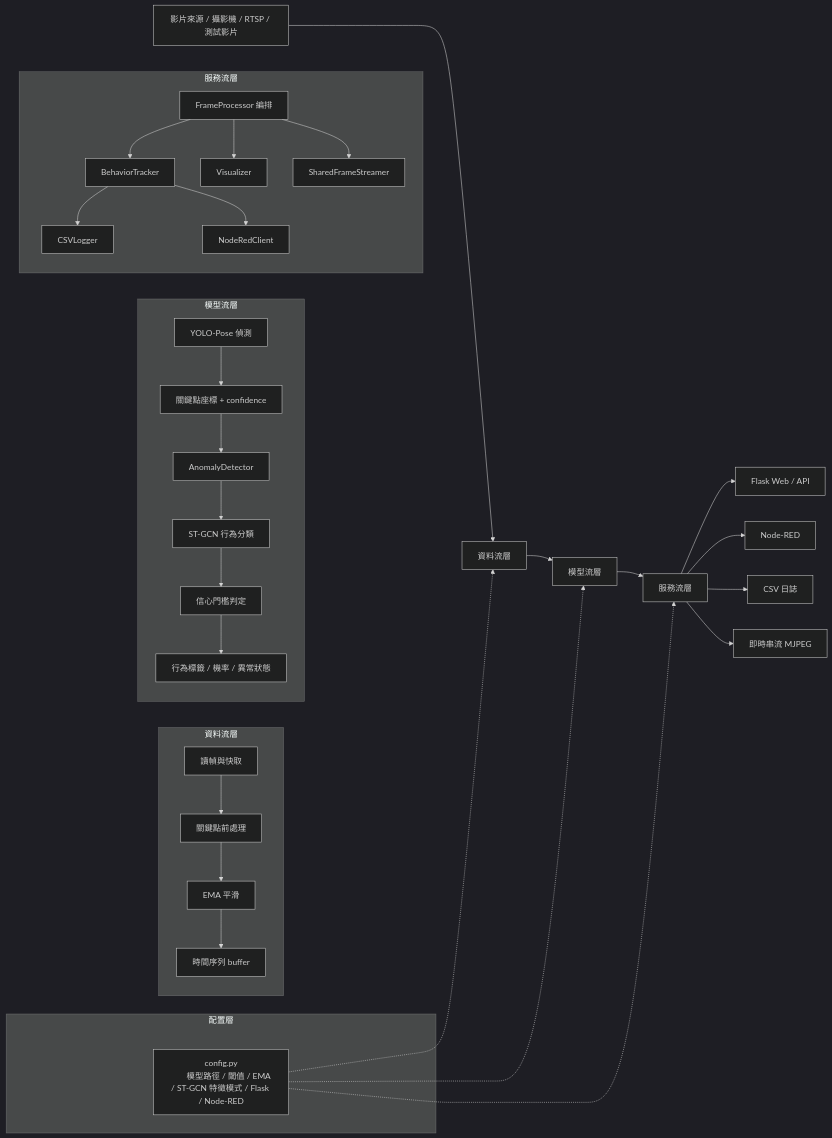
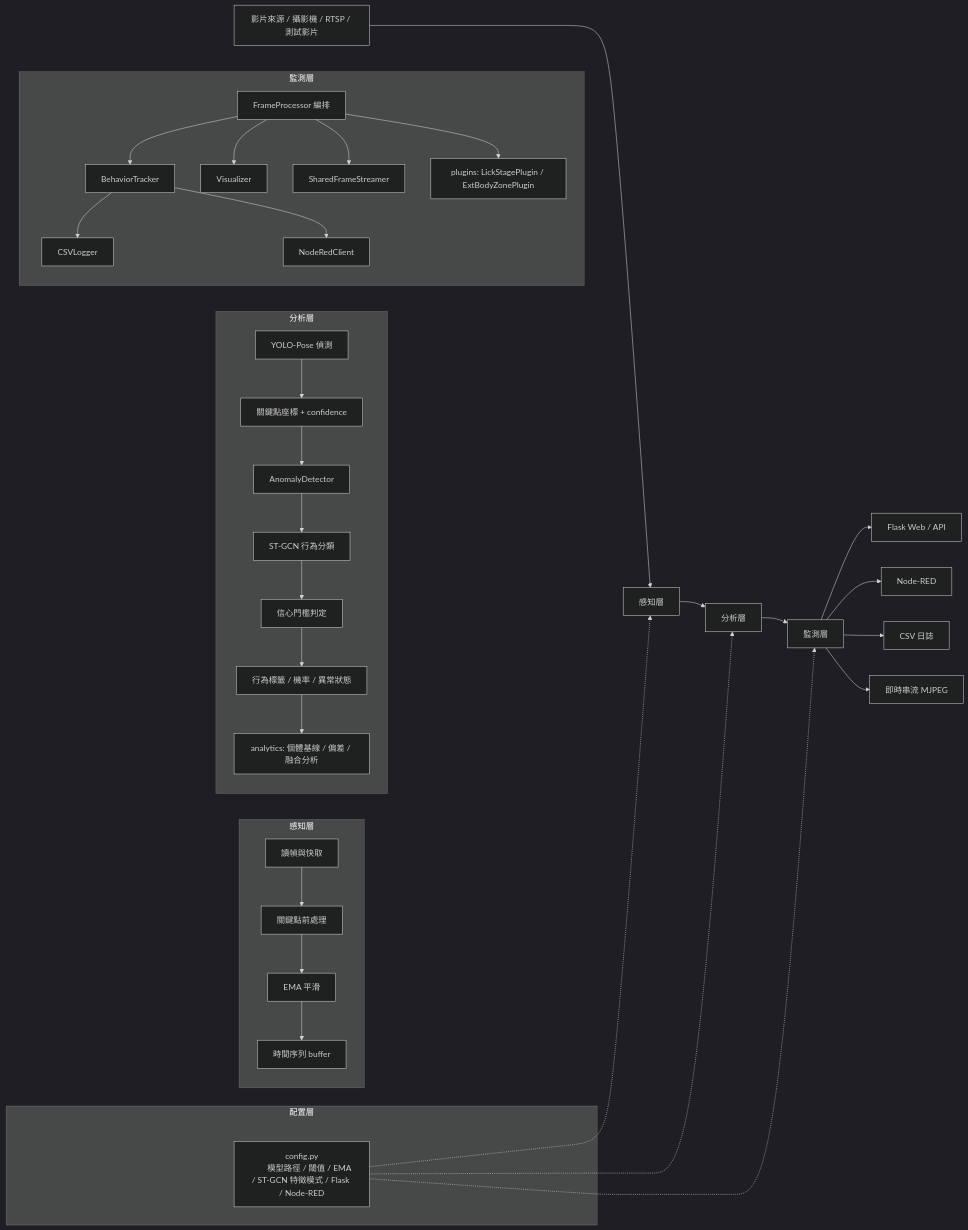
Before and after one commit to reqw123/ai_project: the first of 2 diagrams in paper/docs/先不管.md, drawn with Mermaid (dark theme). The commit also changed other lines of this file and 764 other files, not shown here.

````diff
--- a/paper/docs/先不管.md
+++ b/paper/docs/先不管.md
@@ -15,42 +15,44 @@
 ```mermaid
 flowchart LR
-    A[影片來源 / 攝影機 / RTSP / 測試影片] --> B[資料流層]
-    B --> C[模型流層]
-    C --> D[服務流層]
+    A[影片來源 / 攝影機 / RTSP / 測試影片] --> B[感知層]
+    B --> C[分析層]
+    C --> D[監測層]
 
     D --> E[Flask Web / API]
     D --> F[Node-RED]
     D --> G[CSV 日誌]
     D --> H[即時串流 MJPEG]
 
-    subgraph L1[資料流層]
+    subgraph L1[感知層]
         B1[讀幀與快取] --> B2[關鍵點前處理]
         B2 --> B3[EMA 平滑]
         B3 --> B4[時間序列 buffer]
     end
 
-    subgraph L2[模型流層]
+    subgraph L2[分析層]
         C1[YOLO-Pose 偵測] --> C2[關鍵點座標 + confidence]
         C2 --> C3[AnomalyDetector]
         C3 --> C4[ST-GCN 行為分類]
         C4 --> C5[信心門檻判定]
         C5 --> C6[行為標籤 / 機率 / 異常狀態]
+        C6 --> C7[analytics: 個體基線 / 偏差 / 融合分析]
     end
 
-    subgraph L3[服務流層]
+    subgraph L3[監測層]
         D1[FrameProcessor 編排] --> D2[BehaviorTracker]
         D2 --> D3[CSVLogger]
         D2 --> D4[NodeRedClient]
         D1 --> D5[Visualizer]
         D1 --> D6[SharedFrameStreamer]
+        D1 --> D7[plugins: LickStagePlugin / ExtBodyZonePlugin]
     end
 
     subgraph CFG[配置層]
         K[config.py
         模型路徑 / 閾值 / EMA / ST-GCN 特徵模式 / Flask / Node-RED]
     end
 
     K -.-> B
     K -.-> C
     K -.-> D
 ```
````
